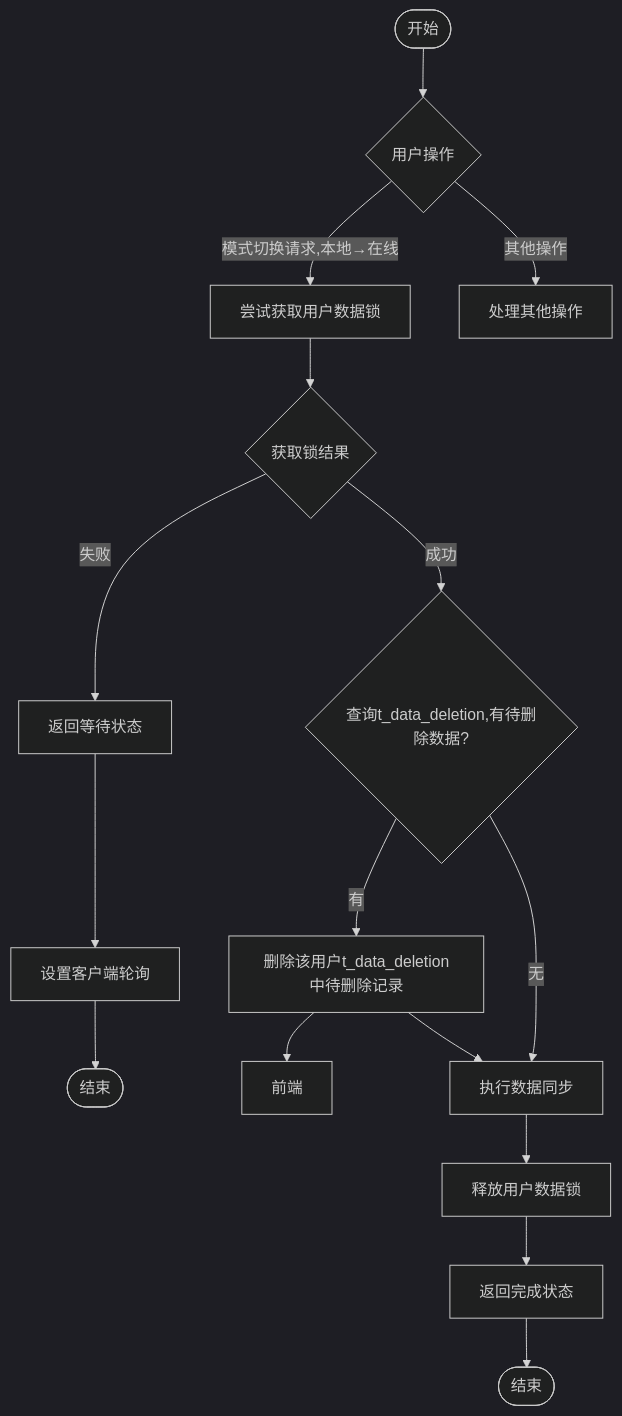
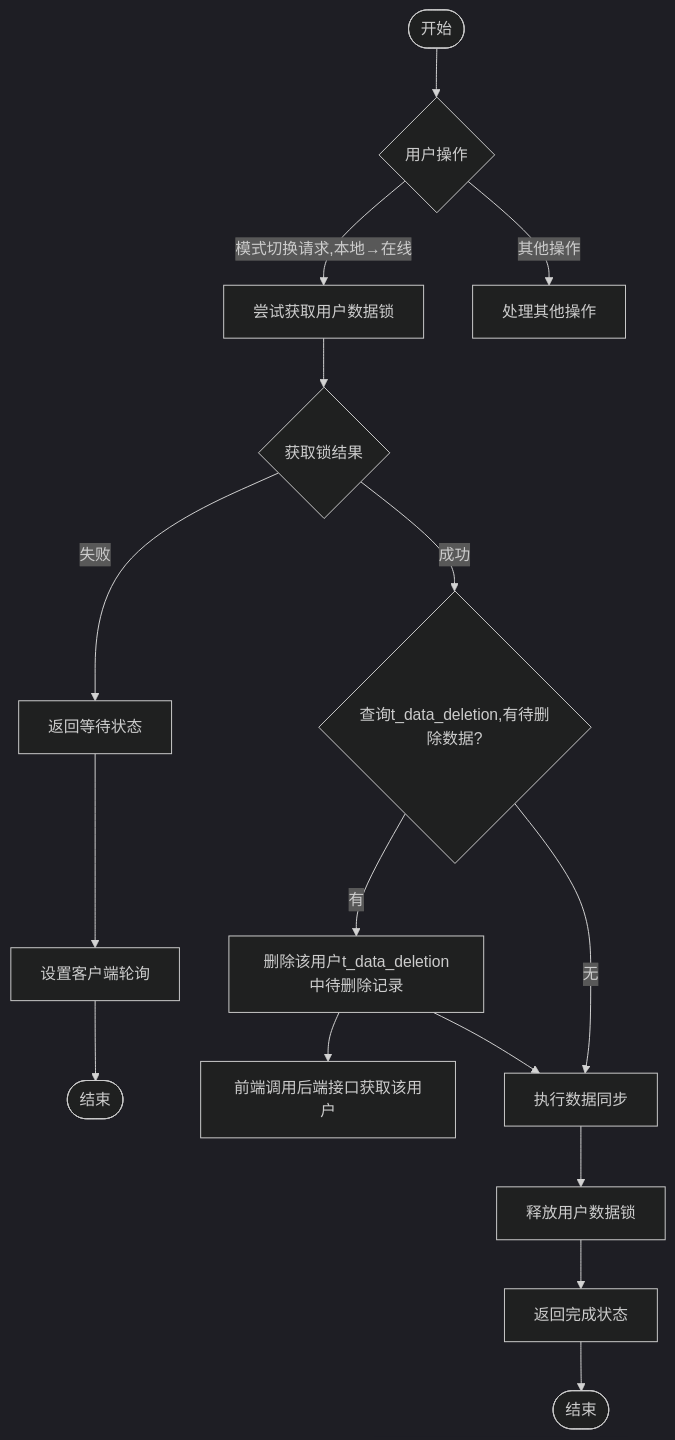
The diagram in all/未命名-57.md (yingjianzh/iodraw-files), drawn with Mermaid (dark theme) before and after one commit.

Commit message:
2025-05-12 11:31:11 update

````diff
--- a/all/未命名-57.md
+++ b/all/未命名-57.md
@@ -1,28 +1,28 @@
 ```mermaid
 
 flowchart TD
     %% 主要分支
     Start([开始]) --> UserAction{用户操作}
     UserAction -->|模式切换请求,本地→在线| TryLock[尝试获取用户数据锁]
     UserAction -->|其他操作| OtherOps[处理其他操作]
 
     %% 模式切换流程
     TryLock --> LockResult{获取锁结果}
     
     LockResult -->|失败| ReturnWaiting[返回等待状态]
     ReturnWaiting --> SetupPolling[设置客户端轮询]
     SetupPolling --> End1([结束])
     
     LockResult -->|成功| CheckPendingDeletion{查询t_data_deletion,有待删除数据?}
     
     CheckPendingDeletion -->|有| RemoveDeletionRecords[删除该用户t_data_deletion中待删除记录]
-    RemoveDeletionRecords --> FrontGetComponentTableHash[前端]
+    RemoveDeletionRecords --> FrontGetComponentTableHash[前端调用后端接口获取该用户]
     RemoveDeletionRecords --> PerformSync[执行数据同步]
     
     CheckPendingDeletion -->|无| PerformSync
     
     PerformSync --> ReleaseSwitchLock[释放用户数据锁]
     ReleaseSwitchLock --> ReturnComplete[返回完成状态]
     ReturnComplete --> End2([结束])
 
 ```
````
